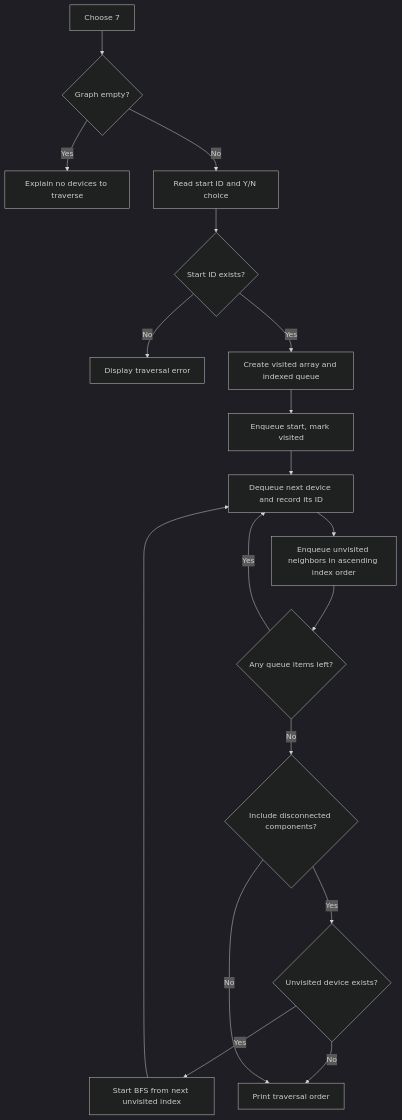
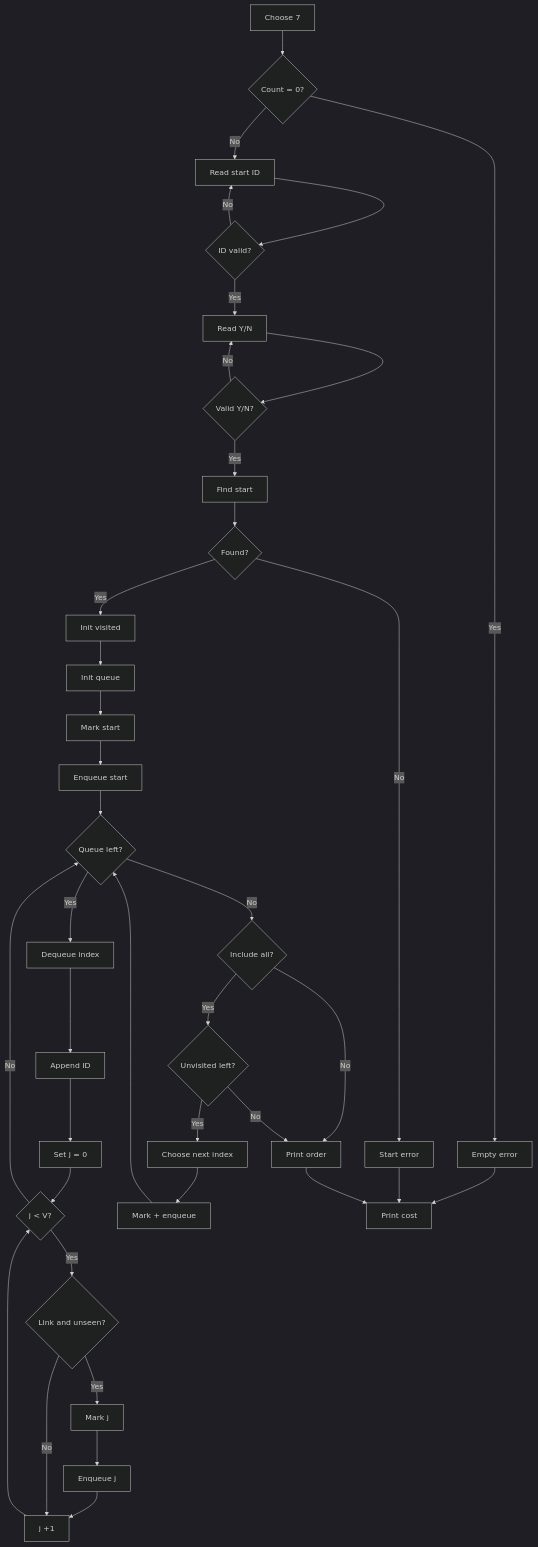
The eighth of 11 diagrams in docs/WORKFLOWS.md (Kanechiii/nodex), drawn with Mermaid (dark theme) before and after one commit. The commit also changed other lines of this file and 5 other files, not shown here.

````diff
--- a/docs/WORKFLOWS.md
+++ b/docs/WORKFLOWS.md
@@ -173,20 +203,40 @@
 ```mermaid
 flowchart TD
-    A["Choose 7"] --> B{"Graph empty?"}
-    B -->|"Yes"| X["Explain no devices to traverse"]
-    B -->|"No"| C["Read start ID and Y/N choice"]
-    C --> D{"Start ID exists?"}
-    D -->|"No"| Y["Display traversal error"]
-    D -->|"Yes"| E["Create visited array and indexed queue"]
-    E --> F["Enqueue start, mark visited"]
-    F --> G["Dequeue next device and record its ID"]
-    G --> H["Enqueue unvisited neighbors in ascending index order"]
-    H --> I{"Any queue items left?"}
-    I -->|"Yes"| G
-    I -->|"No"| J{"Include disconnected components?"}
-    J -->|"Yes"| K{"Unvisited device exists?"}
-    K -->|"Yes"| L["Start BFS from next unvisited index"]
-    L --> G
-    K -->|"No"| M["Print traversal order"]
-    J -->|"No"| M
+    A["Choose 7"] --> B{"Count = 0?"}
+    B -->|"Yes"| X["Empty error"]
+    B -->|"No"| C["Read start ID"]
+    C --> D{"ID valid?"}
+    D -->|"No"| C
+    D -->|"Yes"| E["Read Y/N"]
+    E --> F{"Valid Y/N?"}
+    F -->|"No"| E
+    F -->|"Yes"| G["Find start"]
+    G --> H{"Found?"}
+    H -->|"No"| Y["Start error"]
+    H -->|"Yes"| I["Init visited"]
+    I --> J["Init queue"]
+    J --> K["Mark start"]
+    K --> L["Enqueue start"]
+    L --> M{"Queue left?"}
+    M -->|"Yes"| N["Dequeue index"]
+    N --> O["Append ID"]
+    O --> P["Set j = 0"]
+    P --> Q{"j < V?"}
+    Q -->|"Yes"| R{"Link and unseen?"}
+    R -->|"Yes"| S["Mark j"]
+    S --> T["Enqueue j"]
+    T --> U["j +1"]
+    R -->|"No"| U
+    U --> Q
+    Q -->|"No"| M
+    M -->|"No"| W{"Include all?"}
+    W -->|"No"| AA["Print order"]
+    W -->|"Yes"| AB{"Unvisited left?"}
+    AB -->|"No"| AA
+    AB -->|"Yes"| AC["Choose next index"]
+    AC --> AD["Mark + enqueue"]
+    AD --> M
+    X --> Z["Print cost"]
+    Y --> Z
+    AA --> Z
 ```
````
